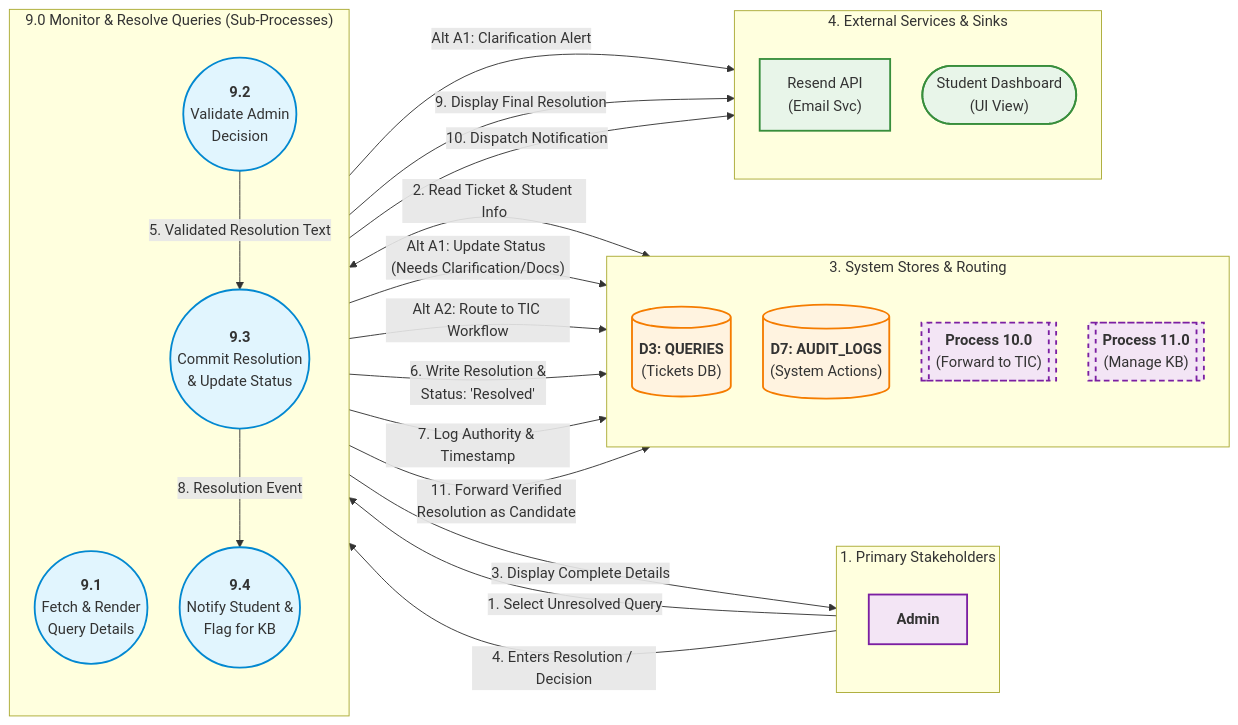
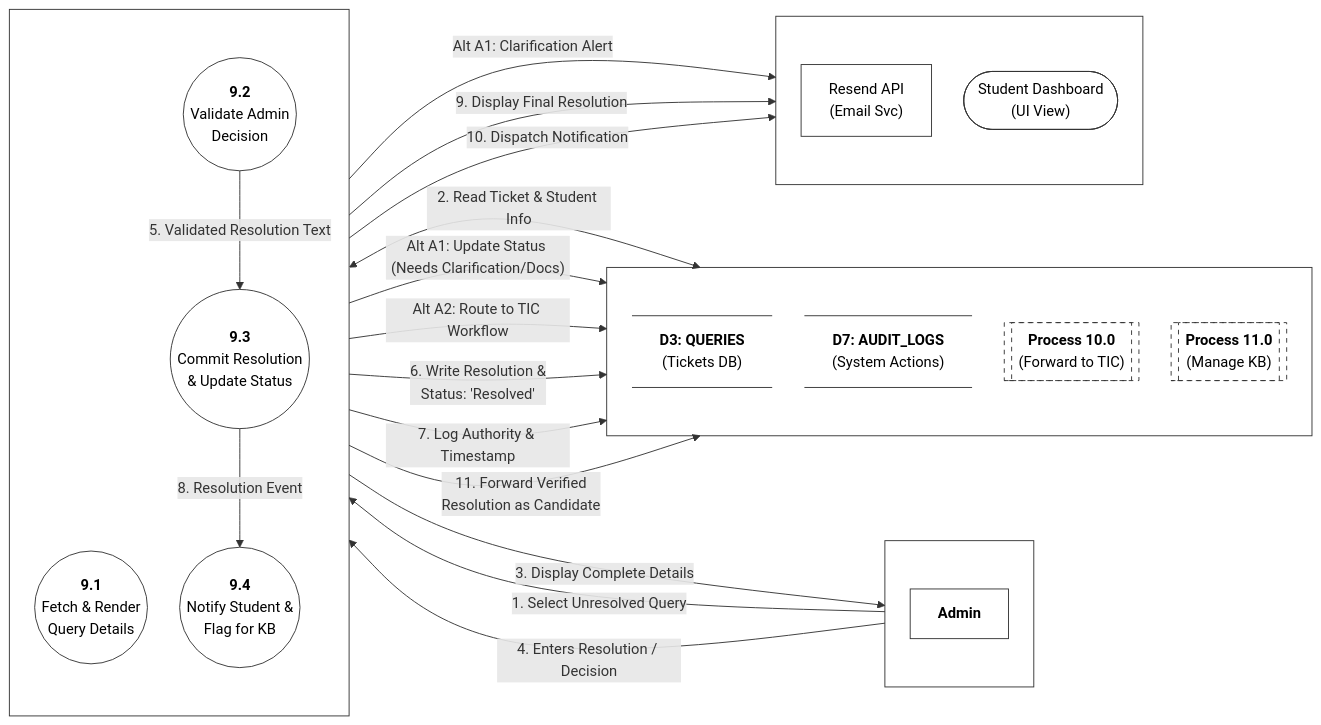
The diagram in SE/ideathon/documents/L2-DFD-A02.mmd (aryanhrc3428/Semester-5), drawn with Mermaid before and after one commit. The commit also changed 21 other files, not shown here.

```diff
--- a/SE/ideathon/documents/L2-DFD-A02.mmd
+++ b/SE/ideathon/documents/L2-DFD-A02.mmd
@@ -1,89 +1,94 @@
 %%{init: {
   "flowchart": {
     "htmlLabels": true,
     "nodeSpacing": 35,
     "rankSpacing": 80,
     "padding": 15
   }
 }}%%
 flowchart LR
 
     %% -------------------------------------------------------------
     %% COLUMN 1: ACTORS
     %% -------------------------------------------------------------
-    subgraph Actors ["1. Primary Stakeholders"]
+    subgraph Actors [" "]
         direction TB
         Admin["<b>Admin</b>"]
     end
 
     %% -------------------------------------------------------------
     %% COLUMN 2: SUB-PROCESSES (Decomposition of 9.0)
     %% -------------------------------------------------------------
-    subgraph SubProcesses ["9.0 Monitor & Resolve Queries (Sub-Processes)"]
+    subgraph SubProcesses [" "]
         direction TB
         P9_1(("<b>9.1</b><br/>Fetch & Render<br/>Query Details"))
         P9_2(("<b>9.2</b><br/>Validate Admin<br/>Decision"))
         P9_3(("<b>9.3</b><br/>Commit Resolution<br/>& Update Status"))
         P9_4(("<b>9.4</b><br/>Notify Student &<br/>Flag for KB"))
     end
 
     %% -------------------------------------------------------------
     %% COLUMN 3: DATA STORES & INTERNAL ROUTING
     %% -------------------------------------------------------------
-    subgraph DataStores ["3. System Stores & Routing"]
+    subgraph DataStores [" "]
         direction TB
-        D3[("<b>D3: QUERIES</b><br/>(Tickets DB)")]
-        D7[("<b>D7: AUDIT_LOGS</b><br/>(System Actions)")]
+        D3@{ shape: datastore, label: "<b>D3: QUERIES</b><br/>(Tickets DB)" }
+        D7@{ shape: datastore, label: "<b>D7: AUDIT_LOGS</b><br/>(System Actions)" }
         P10[["<b>Process 10.0</b><br/>(Forward to TIC)"]]
         P11[["<b>Process 11.0</b><br/>(Manage KB)"]]
     end
 
     %% -------------------------------------------------------------
     %% COLUMN 4: EXTERNAL SERVICES & UI SINKS
     %% -------------------------------------------------------------
-    subgraph ExtServices ["4. External Services & Sinks"]
+    subgraph ExtServices [" "]
         direction TB
         ExtEmail["Resend API<br/>(Email Svc)"]
         StudentDash(["Student Dashboard<br/>(UI View)"])
     end
 
     %% =============================================================
     %% DATA FLOWS
     %% =============================================================
 
     %% --- 9.1 Fetch Details ---
     Admin -->|"1. Select Unresolved Query"| P9_1
     P9_1 <-->|"2. Read Ticket & Student Info"| D3
     P9_1 -->|"3. Display Complete Details"| Admin
     
     %% --- 9.2 Validate Decision ---
     Admin -->|"4. Enters Resolution / Decision"| P9_2
     P9_2 -->|"Alt A1: Update Status (Needs Clarification/Docs)"| D3
     P9_2 -->|"Alt A1: Clarification Alert"| ExtEmail
     P9_2 -->|"Alt A2: Route to TIC Workflow"| P10
     
     %% --- 9.3 Commit Resolution ---
     P9_2 -->|"5. Validated Resolution Text"| P9_3
     P9_3 -->|"6. Write Resolution &<br/>Status: 'Resolved'"| D3
     P9_3 -->|"7. Log Authority & Timestamp"| D7
     
     %% --- 9.4 Notify & Flag ---
     P9_3 -->|"8. Resolution Event"| P9_4
     P9_4 -->|"9. Display Final Resolution"| StudentDash
     P9_4 -->|"10. Dispatch Notification"| ExtEmail
     P9_4 -->|"11. Forward Verified<br/>Resolution as Candidate"| P11
 
     %% -------------------------------------------------------------
     %% STYLING
     %% -------------------------------------------------------------
-    classDef processStyle fill:#e1f5fe,stroke:#0288d1,stroke-width:2px;
-    classDef storeStyle fill:#fff3e0,stroke:#f57c00,stroke-width:2px;
-    classDef actorStyle fill:#f3e5f5,stroke:#7b1fa2,stroke-width:2px;
-    classDef extStyle fill:#e8f5e9,stroke:#388e3c,stroke-width:2px;
-    classDef routeStyle fill:#f3e5f5,stroke:#7b1fa2,stroke-width:2px,stroke-dasharray: 5 5;
+    classDef processStyle fill:#fff,stroke:#333,stroke-width:1px,color:#000;
+    classDef storeStyle fill:#fff,stroke:#333,stroke-width:1px,color:#000;
+    classDef actorStyle fill:#fff,stroke:#333,stroke-width:1px,color:#000;
+    classDef extStyle fill:#fff,stroke:#333,stroke-width:1px,color:#000;
+    classDef routeStyle fill:#fff,stroke:#333,stroke-width:1px,color:#000,stroke-dasharray: 5 5;
 
     class P9_1,P9_2,P9_3,P9_4 processStyle;
     class D3,D7 storeStyle;
     class P10,P11 routeStyle;
     class Admin actorStyle;
     class ExtEmail,StudentDash extStyle;
+
+    style Actors fill:none,stroke:#333,stroke-width:1px
+    style SubProcesses fill:none,stroke:#333,stroke-width:1px
+    style DataStores fill:none,stroke:#333,stroke-width:1px
+    style ExtServices fill:none,stroke:#333,stroke-width:1px
```
